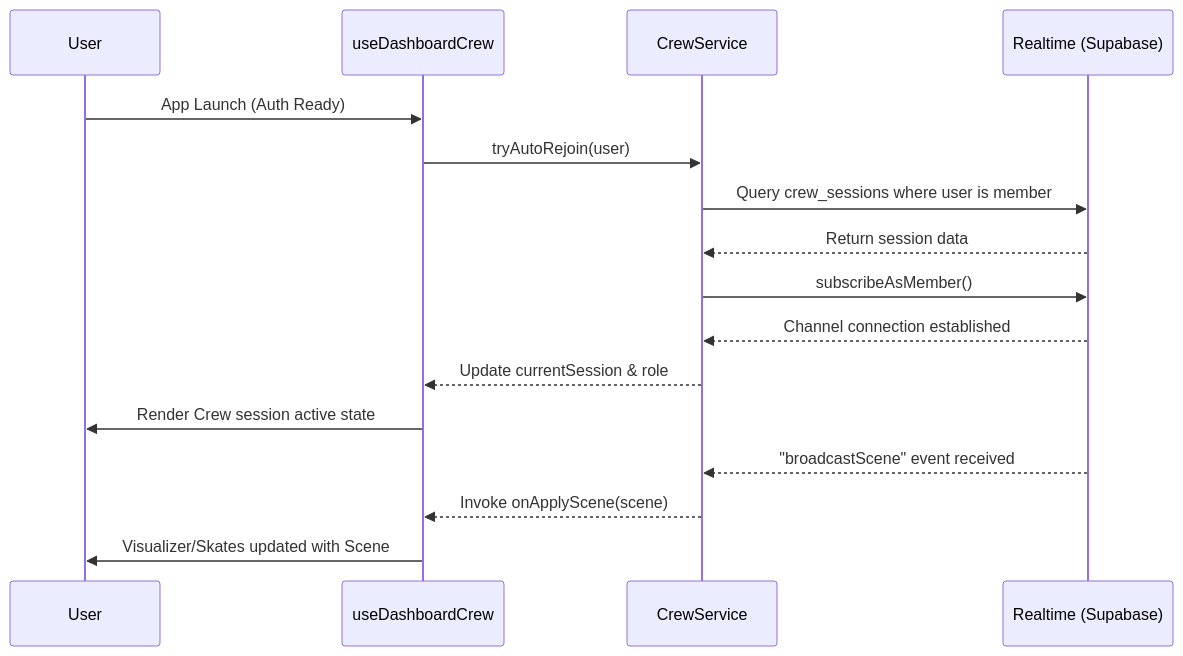
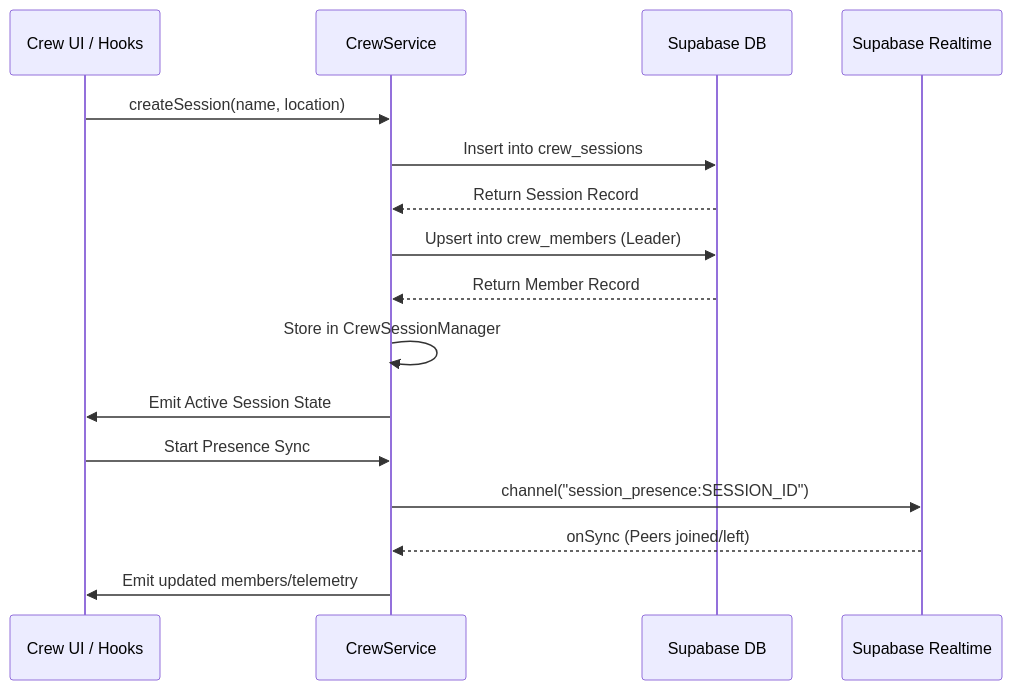
The fourth of 24 diagrams in docs/SK8Lytz_App_Master_Reference.md (Neogleamz/SK8Lytz), drawn with Mermaid before and after one commit. The commit also changed other lines of this file and 7 other files, not shown here.

````diff
--- a/docs/SK8Lytz_App_Master_Reference.md
+++ b/docs/SK8Lytz_App_Master_Reference.md
@@ -1398,20 +1379,19 @@
 ```mermaid
 sequenceDiagram
-    participant User
-    participant DashboardCrew as useDashboardCrew
-    participant CrewSvc as CrewService
-    participant Supabase as Realtime (Supabase)
-    
-    User->>DashboardCrew: App Launch (Auth Ready)
-    DashboardCrew->>CrewSvc: tryAutoRejoin(user)
-    CrewSvc->>Supabase: Query crew_sessions where user is member
-    Supabase-->>CrewSvc: Return session data
-    CrewSvc->>Supabase: subscribeAsMember()
-    Supabase-->>CrewSvc: Channel connection established
-    CrewSvc-->>DashboardCrew: Update currentSession & role
-    DashboardCrew->>User: Render Crew session active state
+    participant UI as Crew UI / Hooks
+    participant CS as CrewService
+    participant DB as Supabase DB
+    participant RT as Supabase Realtime
 
-    Supabase-->>CrewSvc: "broadcastScene" event received
-    CrewSvc-->>DashboardCrew: Invoke onApplyScene(scene)
-    DashboardCrew->>User: Visualizer/Skates updated with Scene
+    UI->>CS: createSession(name, location)
+    CS->>DB: Insert into crew_sessions
+    DB-->>CS: Return Session Record
+    CS->>DB: Upsert into crew_members (Leader)
+    DB-->>CS: Return Member Record
+    CS->>CS: Store in CrewSessionManager
+    CS->>UI: Emit Active Session State
+    UI->>CS: Start Presence Sync
+    CS->>RT: channel("session_presence:SESSION_ID")
+    RT-->>CS: onSync (Peers joined/left)
+    CS->>UI: Emit updated members/telemetry
 ```
````
